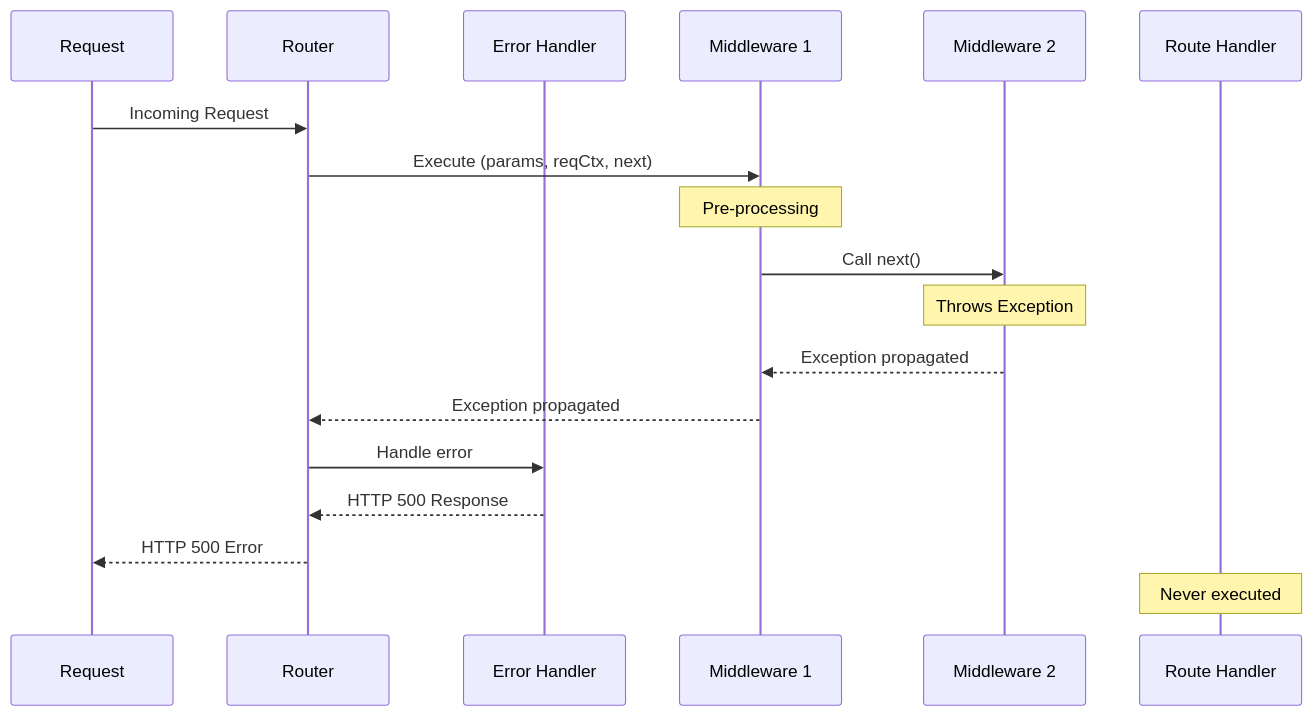
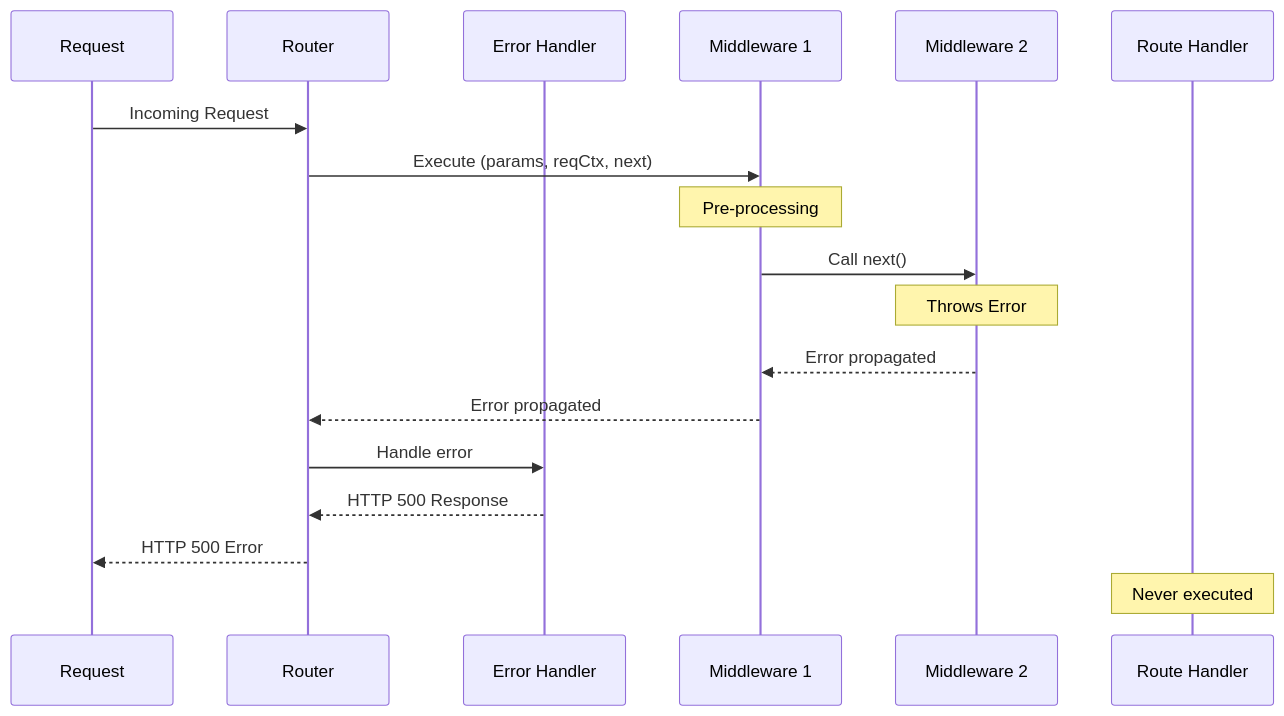
One commit to aws-powertools/powertools-lambda-typescript changed the third of 5 diagrams in docs/features/event-handler/rest.md. Above: the diagram before and after it, drawn with Mermaid. The commit also changed other lines of this file, not shown here.

Commit message:
remove global and route specific middleware sections and re-order some text in error handling section

````diff
--- a/docs/features/event-handler/rest.md
+++ b/docs/features/event-handler/rest.md
@@ -311,22 +274,22 @@
 ```mermaid
 sequenceDiagram
     participant Request
     participant Router
     participant EH as Error Handler
     participant M1 as Middleware 1
     participant M2 as Middleware 2
     participant Handler as Route Handler
 
     Request->>Router: Incoming Request
     Router->>M1: Execute (params, reqCtx, next)
     Note over M1: Pre-processing
     M1->>M2: Call next()
-    Note over M2: Throws Exception
-    M2-->>M1: Exception propagated
-    M1-->>Router: Exception propagated
+    Note over M2: Throws Error
+    M2-->>M1: Error propagated
+    M1-->>Router: Error propagated
     Router->>EH: Handle error
     EH-->>Router: HTTP 500 Response
     Router-->>Request: HTTP 500 Error
     Note over Handler: Never executed
 
 ```
````
